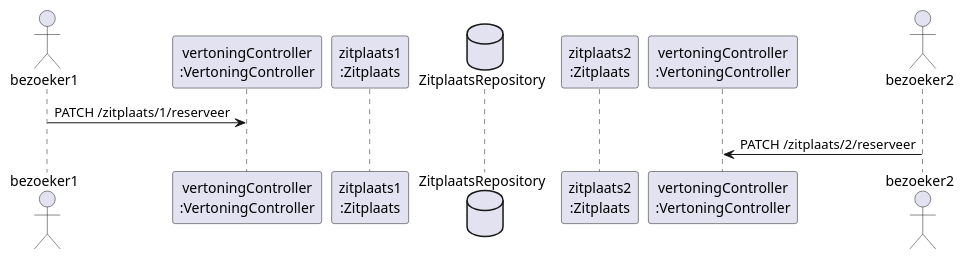
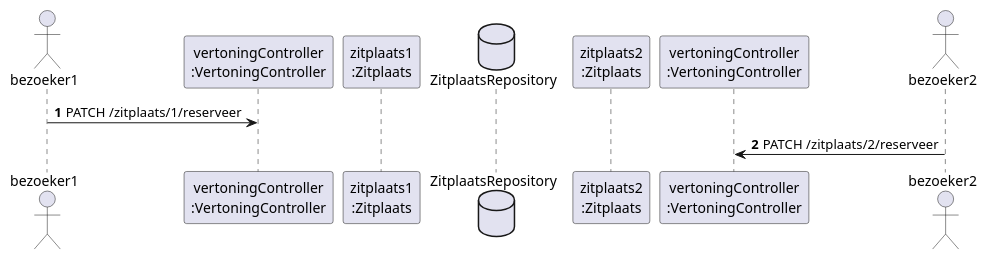
One commit to AIM-ENE/doex-opdracht-3 changed the diagram in oefeningen/les-3/lesprogramma/onderdeel2/jouw-antwoord-2.puml. Above: the diagram before and after it, drawn with PlantUML. The commit also changed 2 other files, not shown here.

```diff
--- a/oefeningen/les-3/lesprogramma/onderdeel2/jouw-antwoord-2.puml
+++ b/oefeningen/les-3/lesprogramma/onderdeel2/jouw-antwoord-2.puml
@@ -1,20 +1,22 @@
 @startuml
+
+autonumber
 
 actor bezoeker1
 
 participant "vertoningController\n:VertoningController" as vc1
-participant "zitplaats1\n:Zitplaats" as v1
+participant "zitplaats1\n:Zitplaats" as z1
 database ZitplaatsRepository
-participant "zitplaats2\n:Zitplaats" as v2
+participant "zitplaats2\n:Zitplaats" as z2
 participant "vertoningController\n:VertoningController" as vc2
 
 actor bezoeker2
 
 bezoeker1 -> vc1: PATCH /zitplaats/1/reserveer
 
 bezoeker2 -> vc2: PATCH /zitplaats/2/reserveer
 
 
 
 
 @enduml
```
